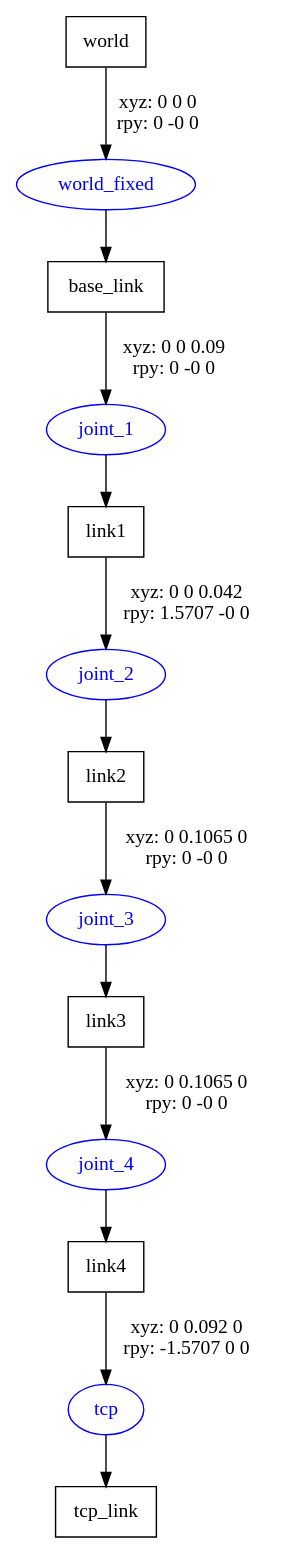
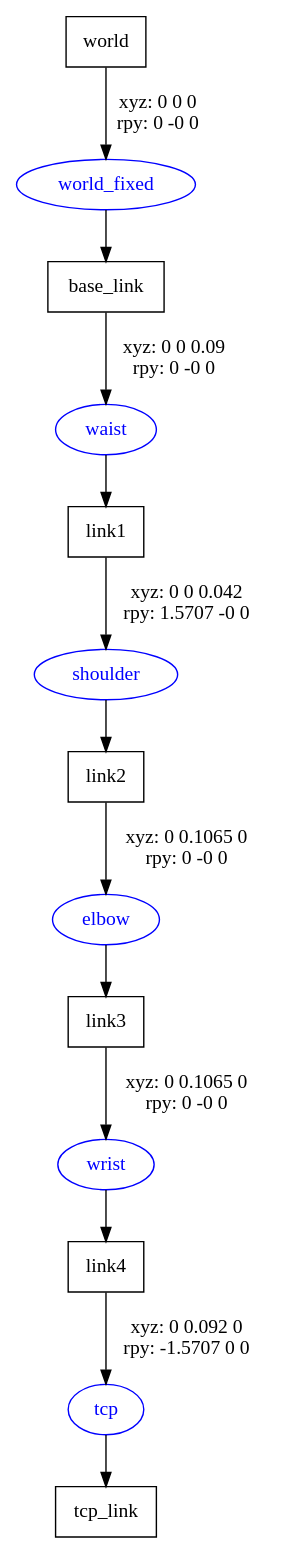
Before and after one commit to Canborda/robotics-ROS-2-PhantomX-forward_kinematics: the diagram in src/urdf/px_robot.gv, drawn with Graphviz. The commit also changed 3 other files, not shown here.

```diff
--- a/src/urdf/px_robot.gv
+++ b/src/urdf/px_robot.gv
@@ -1,23 +1,23 @@
 digraph G {
 node [shape=box];
 "world" [label="world"];
 "base_link" [label="base_link"];
 "link1" [label="link1"];
 "link2" [label="link2"];
 "link3" [label="link3"];
 "link4" [label="link4"];
 "tcp_link" [label="tcp_link"];
 node [shape=ellipse, color=blue, fontcolor=blue];
 "world" -> "world_fixed" [label="xyz: 0 0 0 \nrpy: 0 -0 0"]
 "world_fixed" -> "base_link"
-"base_link" -> "joint_1" [label="xyz: 0 0 0.09 \nrpy: 0 -0 0"]
-"joint_1" -> "link1"
-"link1" -> "joint_2" [label="xyz: 0 0 0.042 \nrpy: 1.5707 -0 0"]
-"joint_2" -> "link2"
-"link2" -> "joint_3" [label="xyz: 0 0.1065 0 \nrpy: 0 -0 0"]
-"joint_3" -> "link3"
-"link3" -> "joint_4" [label="xyz: 0 0.1065 0 \nrpy: 0 -0 0"]
-"joint_4" -> "link4"
+"base_link" -> "waist" [label="xyz: 0 0 0.09 \nrpy: 0 -0 0"]
+"waist" -> "link1"
+"link1" -> "shoulder" [label="xyz: 0 0 0.042 \nrpy: 1.5707 -0 0"]
+"shoulder" -> "link2"
+"link2" -> "elbow" [label="xyz: 0 0.1065 0 \nrpy: 0 -0 0"]
+"elbow" -> "link3"
+"link3" -> "wrist" [label="xyz: 0 0.1065 0 \nrpy: 0 -0 0"]
+"wrist" -> "link4"
 "link4" -> "tcp" [label="xyz: 0 0.092 0 \nrpy: -1.5707 0 0"]
 "tcp" -> "tcp_link"
 }
```
